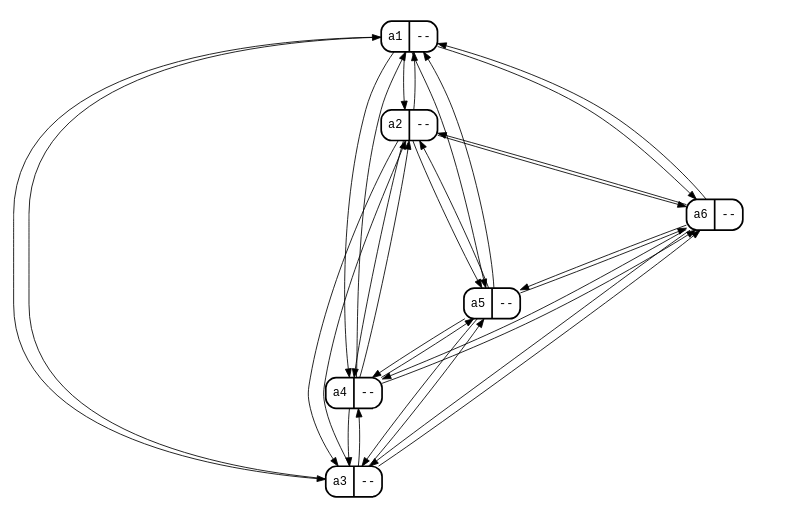
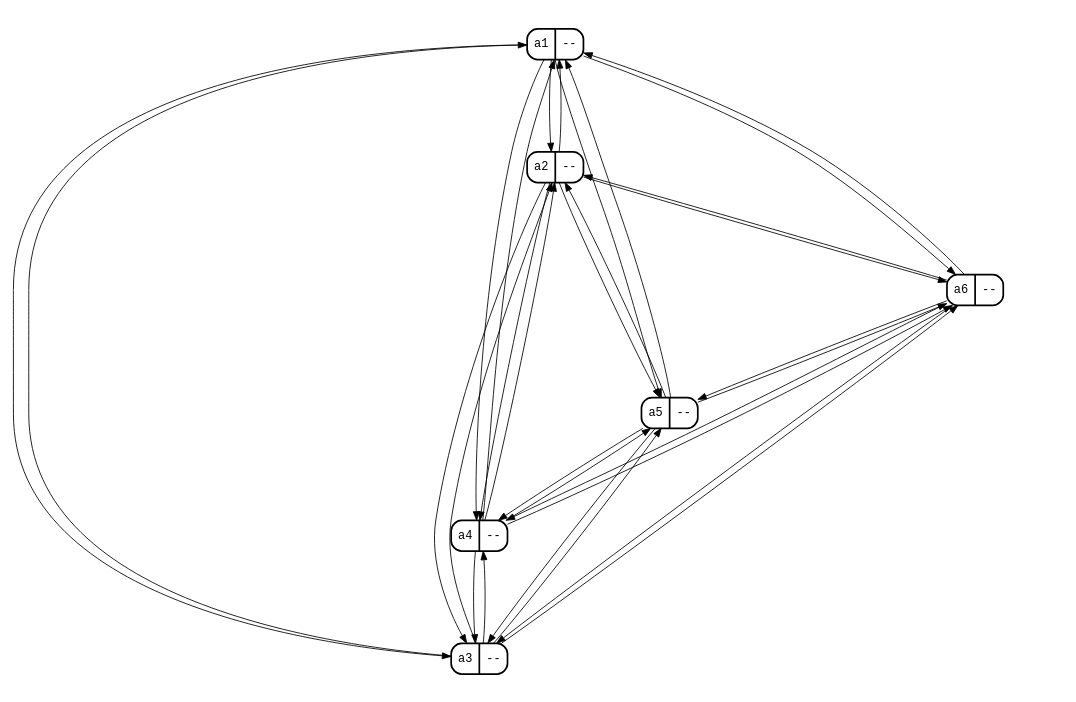
One commit to jonhoo/simio changed the diagram in examples/graphs/complete.gv. Above: the diagram before and after it, drawn with Graphviz. The commit also changed 1 other file, not shown here.

Commit message:
Give graphs more air

```diff
--- a/examples/graphs/complete.gv
+++ b/examples/graphs/complete.gv
@@ -1,48 +1,48 @@
 digraph {
-  size="8,8!";
+  size="11,11!";
   ratio="fill";
   node [shape=Mrecord penwidth=2 fontname=monospace];
   edge [fontsize=12];
   a1 [label = "a1 | --"];
   a2 [label = "a2 | --"];
   a3 [label = "a3 | --"];
   a4 [label = "a4 | --"];
   a5 [label = "a5 | --"];
   a6 [label = "a6 | --"];
 
   a1 -> a2;
   a1 -> a3;
   a1 -> a4;
   a1 -> a5;
   a1 -> a6;
 
   a2 -> a1;
   a2 -> a3;
   a2 -> a4;
   a2 -> a5;
   a2 -> a6;
 
   a3 -> a1;
   a3 -> a2;
   a3 -> a4;
   a3 -> a5;
   a3 -> a6;
 
   a4 -> a1;
   a4 -> a2;
   a4 -> a3;
   a4 -> a5;
   a4 -> a6;
 
   a5 -> a1;
   a5 -> a2;
   a5 -> a3;
   a5 -> a4;
   a5 -> a6;
 
   a6 -> a1;
   a6 -> a2;
   a6 -> a3;
   a6 -> a4;
   a6 -> a5;
 }
```
